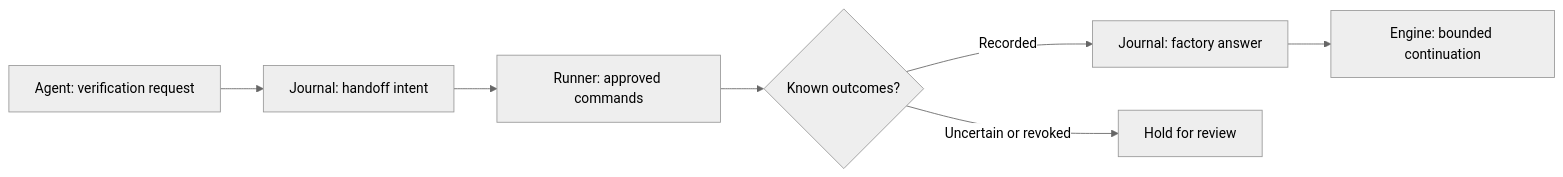
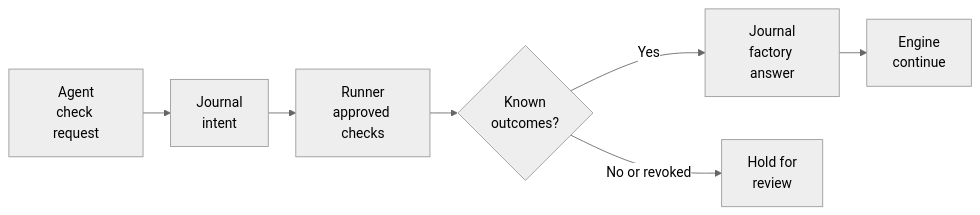
Before and after one commit to fireflyframework/firefly-forge: the first of 3 diagrams in docs/architecture.md, drawn with Mermaid (neutral theme).

Commit message:
Keep verification handoff diagram labels readable

````diff
--- a/docs/architecture.md
+++ b/docs/architecture.md
@@ -139,9 +139,15 @@
 ```mermaid
+---
+config:
+  flowchart:
+    wrappingWidth: 96
+    rankSpacing: 32
+---
 flowchart LR
-    Q[Agent: verification request] --> I[Journal: handoff intent]
-    I --> R[Runner: approved commands]
-    R --> K{Known outcomes?}
-    K -->|Recorded| A[Journal: factory answer]
-    A --> C[Engine: bounded continuation]
-    K -->|Uncertain or revoked| H[Hold for review]
+    Q["Agent<br/>check request"] --> I["Journal<br/>intent"]
+    I --> R["Runner<br/>approved checks"]
+    R --> K{"Known<br/>outcomes?"}
+    K -->|Yes| A["Journal<br/>factory answer"]
+    A --> C["Engine<br/>continue"]
+    K -->|No or revoked| H["Hold for<br/>review"]
 ```
````
